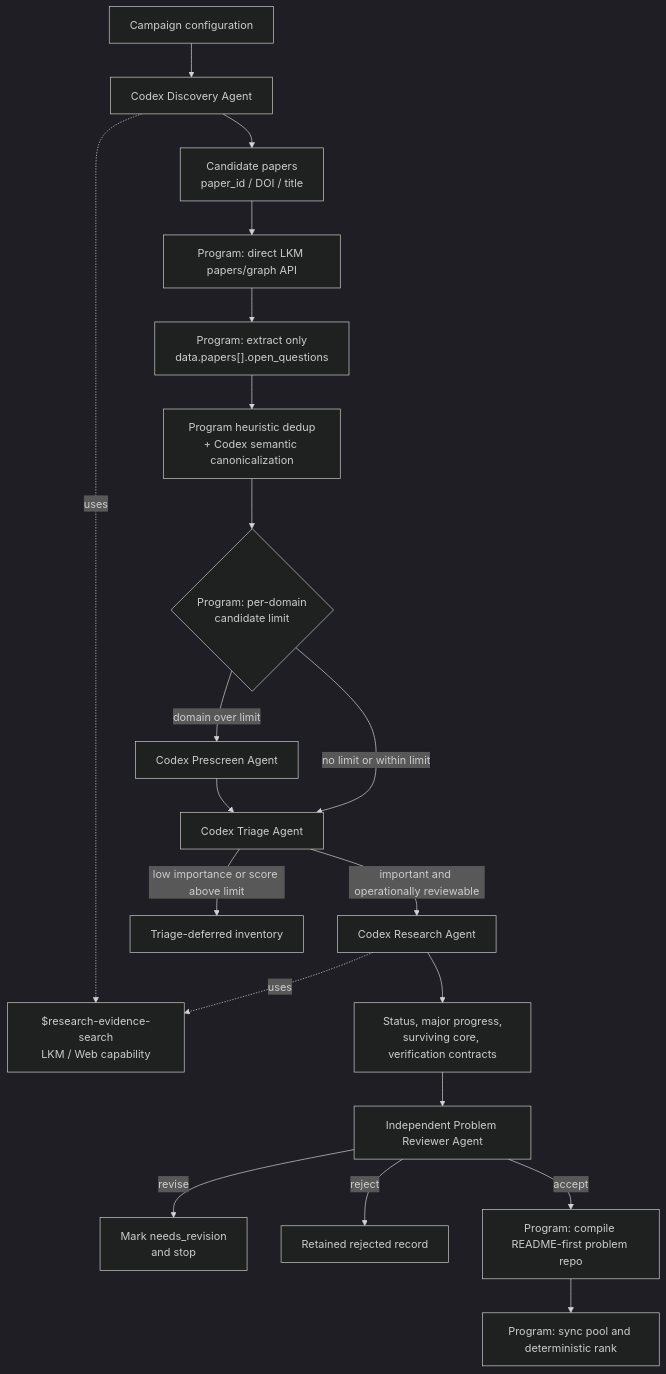
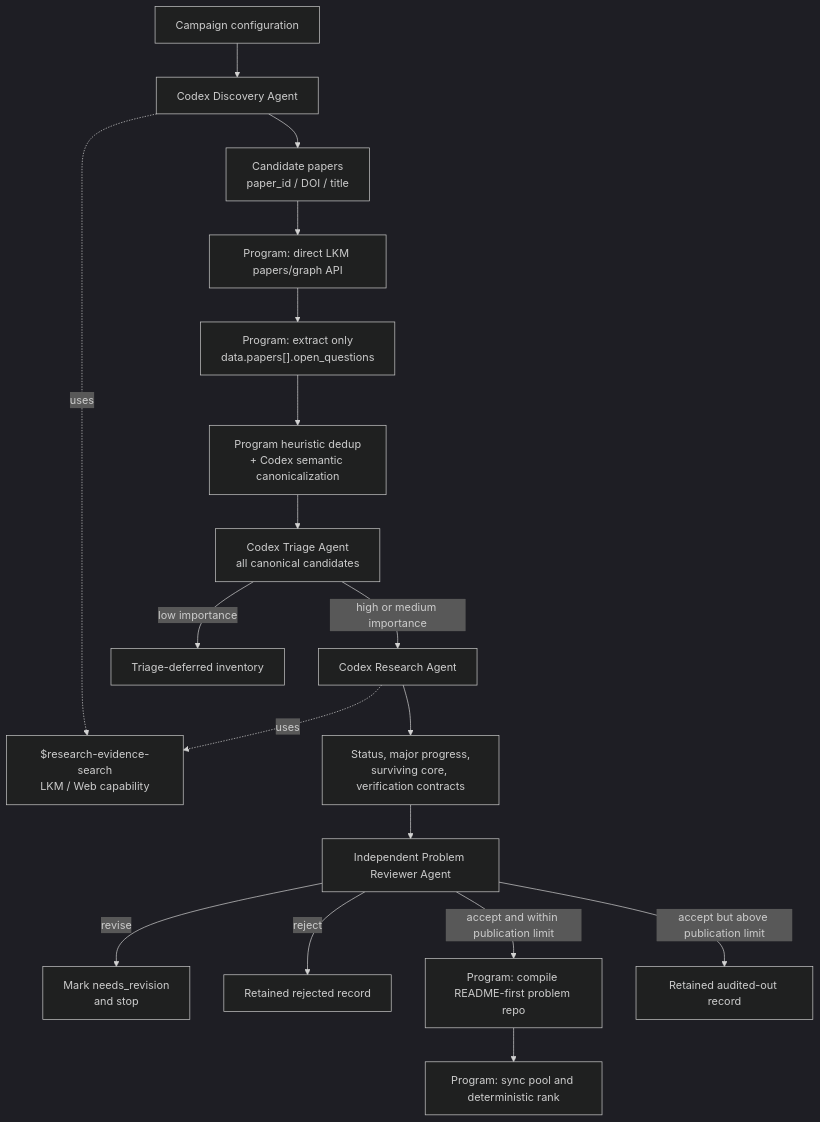
One commit to kunyuan/open-research-discovery changed the diagram in docs/discovery-pipeline.md. Above: the diagram before and after it, drawn with Mermaid (dark theme). The commit also changed other lines of this file and 14 other files, not shown here.

Commit message:
Audit all important candidates before publication gating

````diff
--- a/docs/discovery-pipeline.md
+++ b/docs/discovery-pipeline.md
@@ -8,22 +8,20 @@
 ```mermaid
 flowchart TD
     C["Campaign configuration"] --> D["Codex Discovery Agent"]
     D -. "uses" .-> S["$research-evidence-search<br/>LKM / Web capability"]
     D --> P["Candidate papers<br/>paper_id / DOI / title"]
     P --> A["Program: direct LKM papers/graph API"]
     A --> O["Program: extract only<br/>data.papers[].open_questions"]
     O --> H["Program heuristic dedup<br/>+ Codex semantic canonicalization"]
-    H --> L{"Program: per-domain<br/>candidate limit"}
-    L -->|"domain over limit"| PS["Codex Prescreen Agent"]
-    L -->|"no limit or within limit"| T["Codex Triage Agent"]
-    PS --> T
-    T -->|"low importance or score above limit"| L2["Triage-deferred inventory"]
-    T -->|"important and operationally reviewable"| R["Codex Research Agent"]
+    H --> T["Codex Triage Agent<br/>all canonical candidates"]
+    T -->|"low importance"| L2["Triage-deferred inventory"]
+    T -->|"high or medium importance"| R["Codex Research Agent"]
     R -. "uses" .-> S
     R --> E["Status, major progress,<br/>surviving core, verification contracts"]
     E --> V["Independent Problem Reviewer Agent"]
     V -->|"revise"| N["Mark needs_revision<br/>and stop"]
     V -->|"reject"| X["Retained rejected record"]
-    V -->|"accept"| G["Program: compile README-first problem repo"]
+    V -->|"accept and within publication limit"| G["Program: compile README-first problem repo"]
+    V -->|"accept but above publication limit"| AO["Retained audited-out record"]
     G --> Y["Program: sync pool and deterministic rank"]
 ```
````
